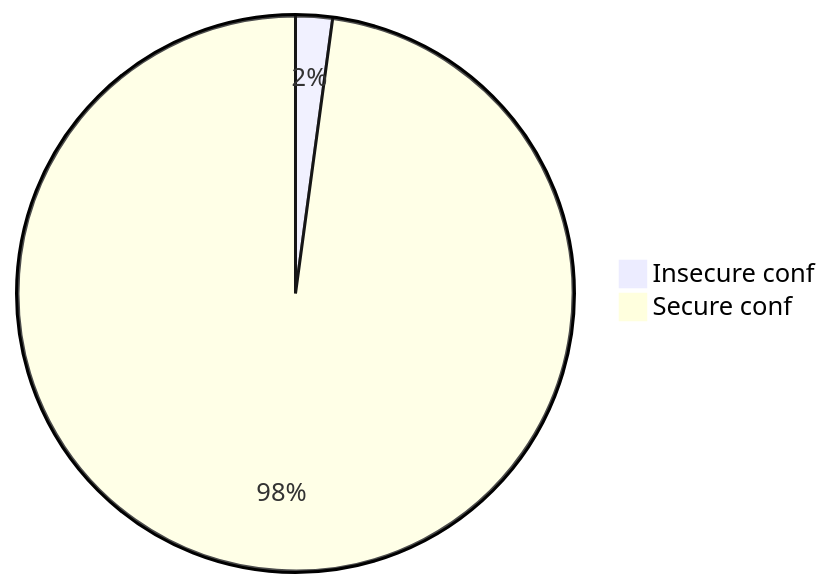
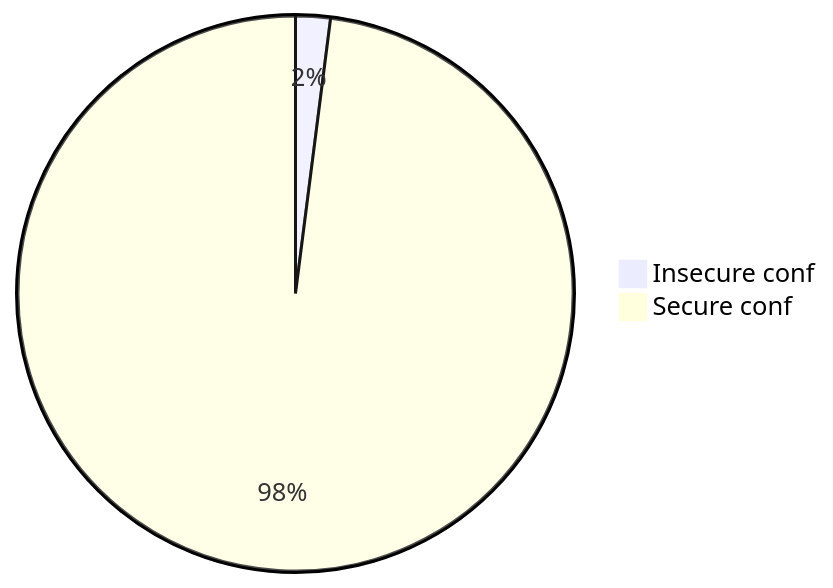
Before and after one commit to oshp/oshp-stats: diagram 19 of 22 in stats.md, drawn with Mermaid. The commit also changed other lines of this file, not shown here.

````diff
--- a/stats.md
+++ b/stats.md
@@ -226,6 +226,6 @@
 ```mermaid
 pie
-	"Insecure conf" : 2.14
-	"Secure conf" : 97.86
+	"Insecure conf" : 2.02
+	"Secure conf" : 97.98
 
 ```
````
